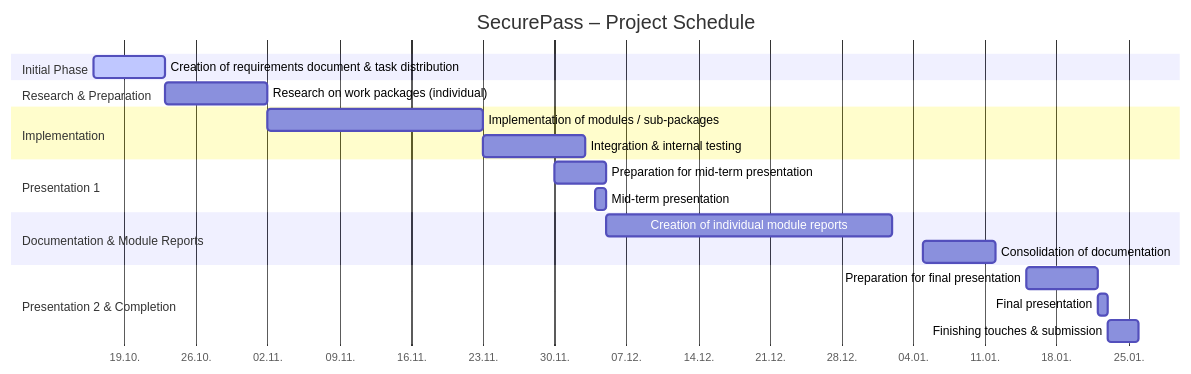
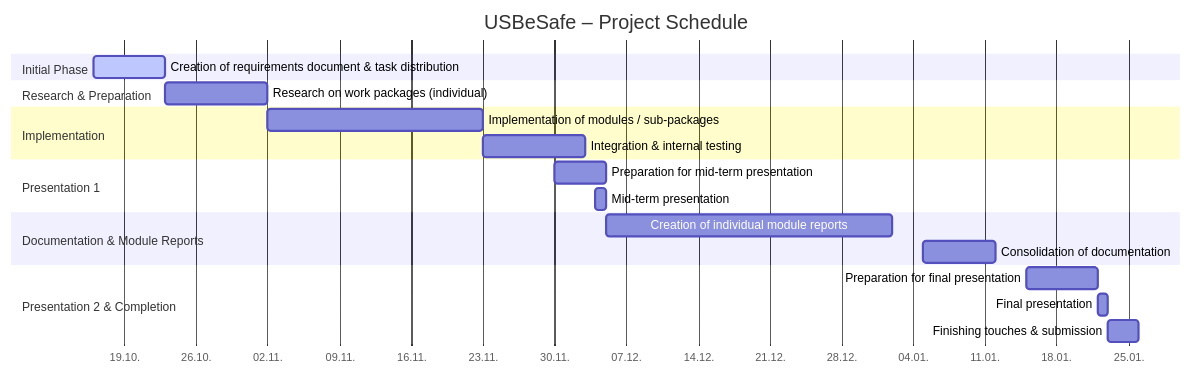
Before and after one commit to Katric/USBeSafe: the diagram in docs/Journal.md, drawn with Mermaid. The commit also changed other lines of this file and 3 other files, not shown here.

Commit message:
replace: SecurePass with new name USBeSafe

````diff
--- a/docs/Journal.md
+++ b/docs/Journal.md
@@ -13,29 +13,29 @@
 ```mermaid
 gantt
-    title SecurePass – Project Schedule
+    title USBeSafe – Project Schedule
     dateFormat  YYYY-MM-DD
     axisFormat  %d.%m.
 
     section Initial Phase
     Creation of requirements document & task distribution   :active, 2025-10-16, 7d
 
     section Research & Preparation
     Research on work packages (individual)                  :2025-10-23, 10d
 
     section Implementation
     Implementation of modules / sub-packages                :2025-11-02, 21d
     Integration & internal testing                          :2025-11-23, 10d
 
     section Presentation 1
     Preparation for mid-term presentation                   :2025-11-30, 5d
     Mid-term presentation                                   :milestone1, 2025-12-04, 1d
 
     section Documentation & Module Reports
     Creation of individual module reports                   :2025-12-05, 28d
     Consolidation of documentation                          :2026-01-05, 7d
 
     section Presentation 2 & Completion
     Preparation for final presentation                      :2026-01-15, 7d
     Final presentation                                      :milestone2, 2026-01-22, 1d
     Finishing touches & submission                          :2026-01-23, 3d
 ```
````
